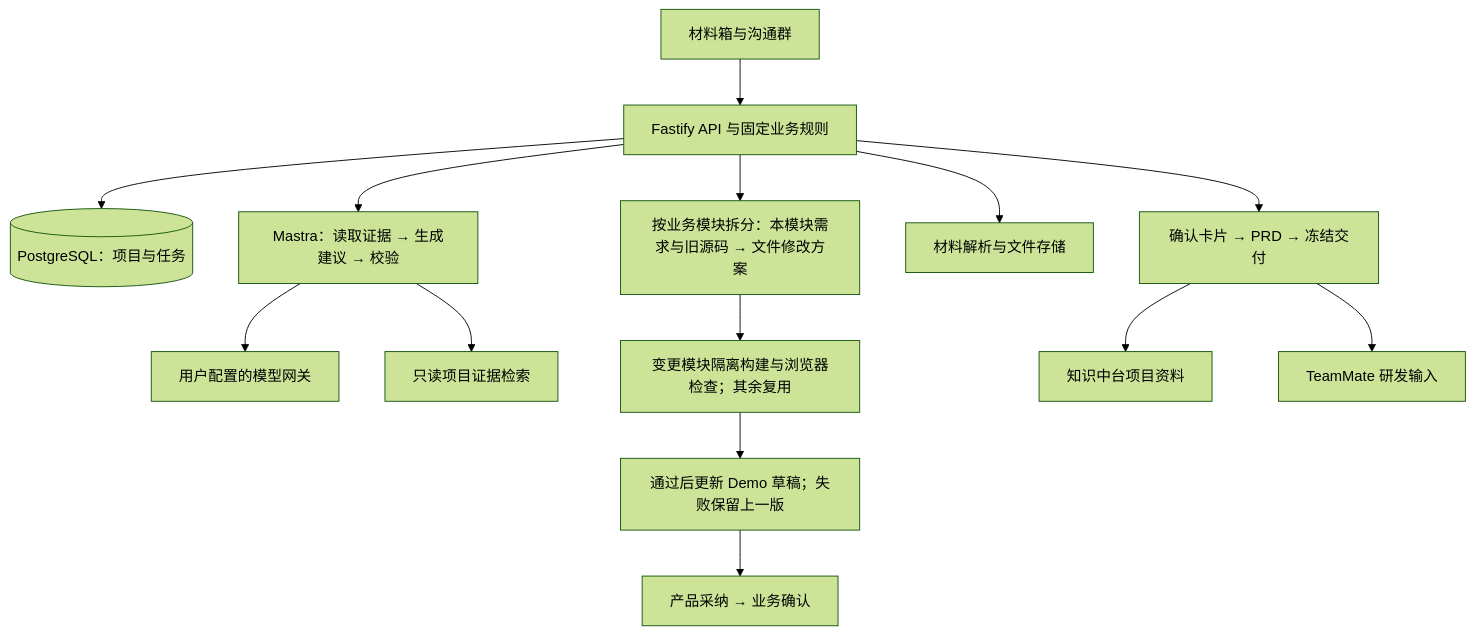
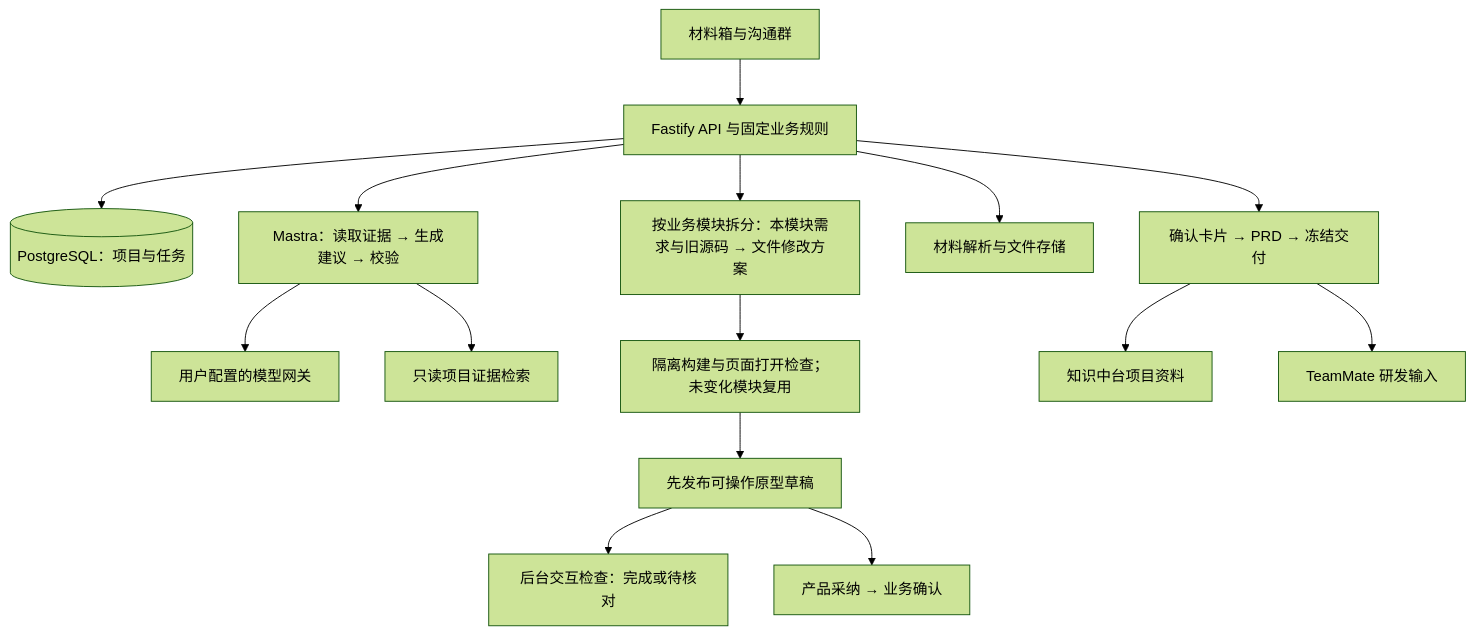
Before and after one commit to CmftAiLabs/requirements-workbench: the diagram in README.md, drawn with Mermaid (forest theme). The commit also changed other lines of this file and 21 other files, not shown here.

````diff
--- a/README.md
+++ b/README.md
@@ -31,16 +31,17 @@
 ```mermaid
 flowchart TB
  UI[材料箱与沟通群] --> API[Fastify API 与固定业务规则]
  API --> DB[(PostgreSQL：项目与任务)]
  API --> AI[Mastra：读取证据 → 生成建议 → 校验]
  AI --> MODEL[用户配置的模型网关]
  AI --> READ[只读项目证据检索]
  API --> CODE[按业务模块拆分：本模块需求与旧源码 → 文件修改方案]
- CODE --> CHECK[变更模块隔离构建与浏览器检查；其余复用]
- CHECK --> PREVIEW[通过后更新 Demo 草稿；失败保留上一版]
+ CODE --> CHECK[隔离构建与页面打开检查；未变化模块复用]
+ CHECK --> PREVIEW[先发布可操作原型草稿]
+ PREVIEW --> VERIFY[后台交互检查：完成或待核对]
  PREVIEW --> HUMAN[产品采纳 → 业务确认]
  API --> FILE[材料解析与文件存储]
  API --> PRD[确认卡片 → PRD → 冻结交付]
  PRD --> KB[知识中台项目资料]
  PRD --> TM[TeamMate 研发输入]
 ```
````
